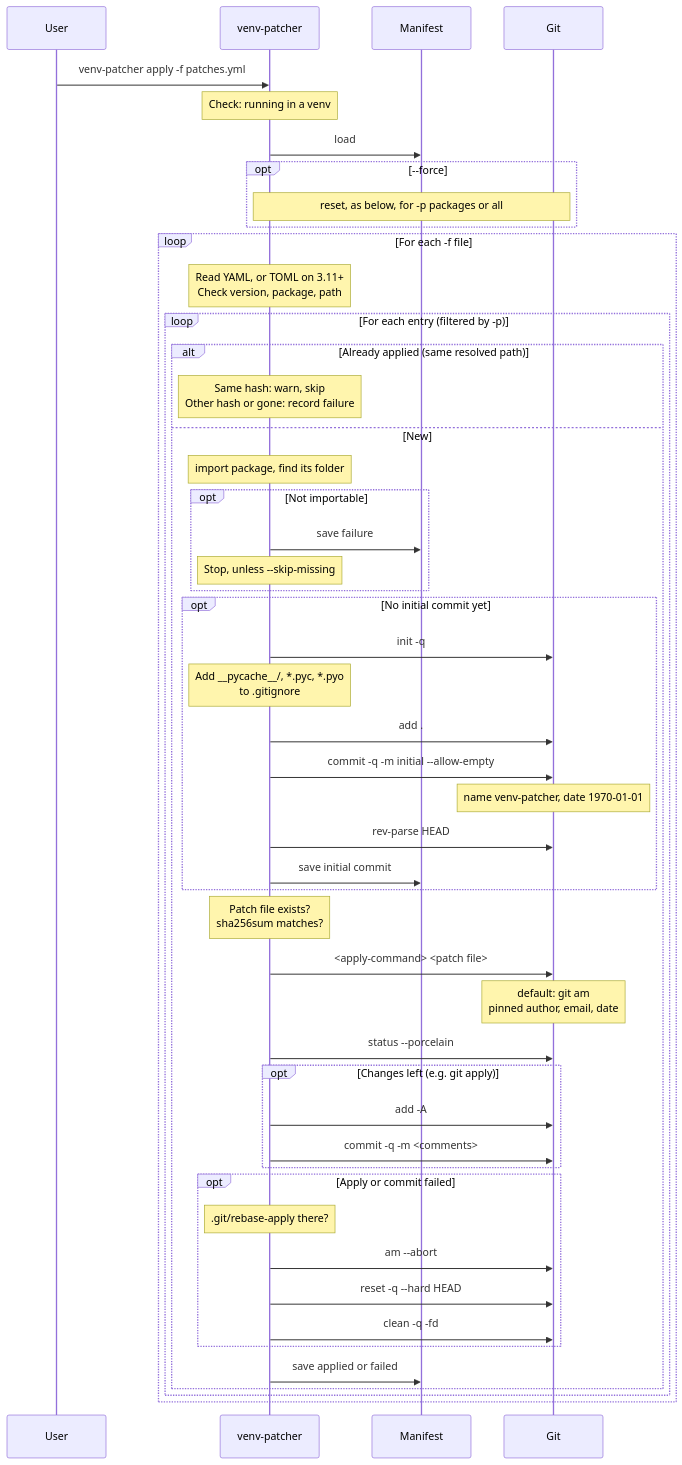
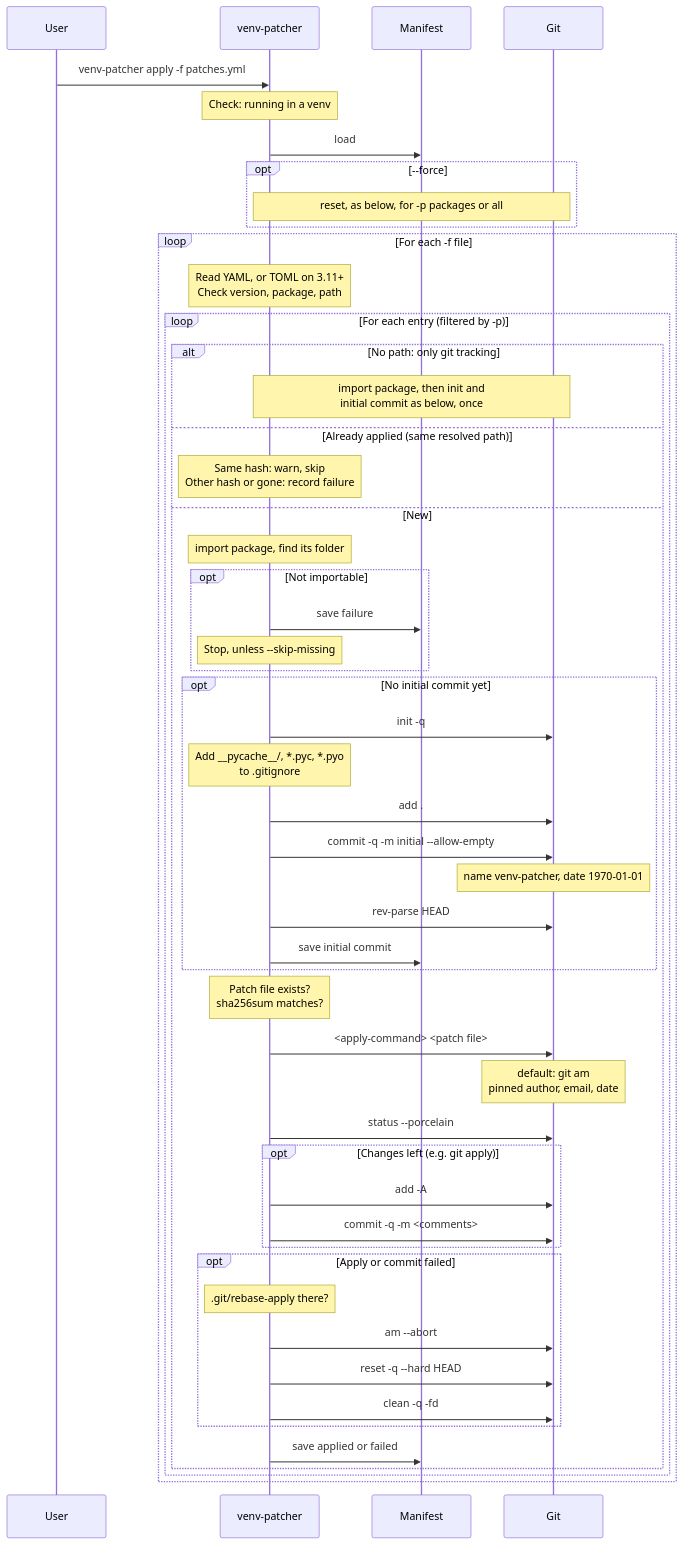
The first of 3 diagrams in doc/architecture/diagrams.md (thorsten-klein/venv-patcher), drawn with Mermaid before and after one commit. The commit also changed 10 other files, not shown here.

First line of the commit message:
Set up git for a package listed without a patch (#26)

````diff
--- a/doc/architecture/diagrams.md
+++ b/doc/architecture/diagrams.md
@@ -13,55 +13,57 @@
 ```mermaid
 sequenceDiagram
     participant User
     participant venv-patcher
     participant Manifest
     participant Git
 
     User->>venv-patcher: venv-patcher apply -f patches.yml
     Note over venv-patcher: Check: running in a venv
     venv-patcher->>Manifest: load
     opt --force
         Note over venv-patcher,Git: reset, as below, for -p packages or all
     end
 
     loop For each -f file
         Note over venv-patcher: Read YAML, or TOML on 3.11+<br/>Check version, package, path
         loop For each entry (filtered by -p)
-            alt Already applied (same resolved path)
+            alt No path: only git tracking
+                Note over venv-patcher,Git: import package, then init and<br/>initial commit as below, once
+            else Already applied (same resolved path)
                 Note over venv-patcher: Same hash: warn, skip<br/>Other hash or gone: record failure
             else New
                 Note over venv-patcher: import package, find its folder
                 opt Not importable
                     venv-patcher->>Manifest: save failure
                     Note over venv-patcher: Stop, unless --skip-missing
                 end
 
                 opt No initial commit yet
                     venv-patcher->>Git: init -q
                     Note over venv-patcher: Add __pycache__/, *.pyc, *.pyo<br/>to .gitignore
                     venv-patcher->>Git: add .
                     venv-patcher->>Git: commit -q -m initial --allow-empty
                     Note over Git: name venv-patcher, date 1970-01-01
                     venv-patcher->>Git: rev-parse HEAD
                     venv-patcher->>Manifest: save initial commit
                 end
 
                 Note over venv-patcher: Patch file exists?<br/>sha256sum matches?
                 venv-patcher->>Git: <apply-command> <patch file>
                 Note over Git: default: git am<br/>pinned author, email, date
                 venv-patcher->>Git: status --porcelain
                 opt Changes left (e.g. git apply)
                     venv-patcher->>Git: add -A
                     venv-patcher->>Git: commit -q -m <comments>
                 end
                 opt Apply or commit failed
                     Note over venv-patcher: .git/rebase-apply there?
                     venv-patcher->>Git: am --abort
                     venv-patcher->>Git: reset -q --hard HEAD
                     venv-patcher->>Git: clean -q -fd
                 end
                 venv-patcher->>Manifest: save applied or failed
             end
         end
     end
 ```
````
